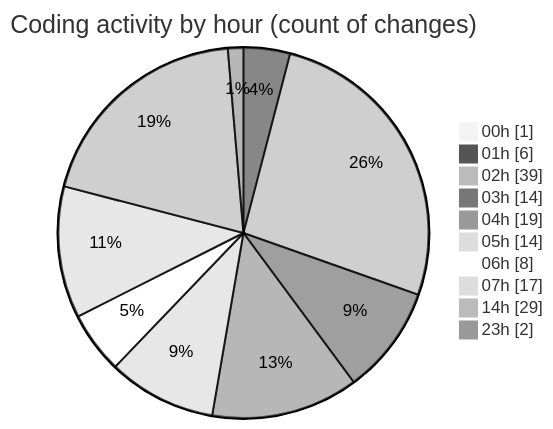
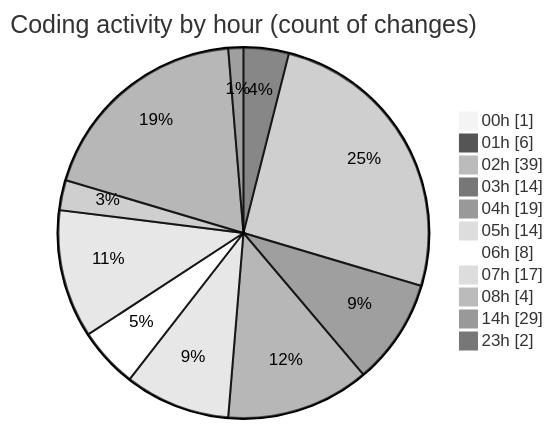
The second of 2 diagrams in 2025-02-19/masm/README.md (charlie-sans/code-tracking), drawn with Mermaid (neutral theme) before and after one commit. The commit also changed other lines of this file and 1 other file, not shown here.

````diff
--- a/2025-02-19/masm/README.md
+++ b/2025-02-19/masm/README.md
@@ -53,14 +53,15 @@
 ```mermaid
 pie showData
 title Coding activity by hour (count of changes)
 "00h" : 1
 "01h" : 6
 "02h" : 39
 "03h" : 14
 "04h" : 19
 "05h" : 14
 "06h" : 8
 "07h" : 17
+"08h" : 4
 "14h" : 29
 "23h" : 2
 ```
````
